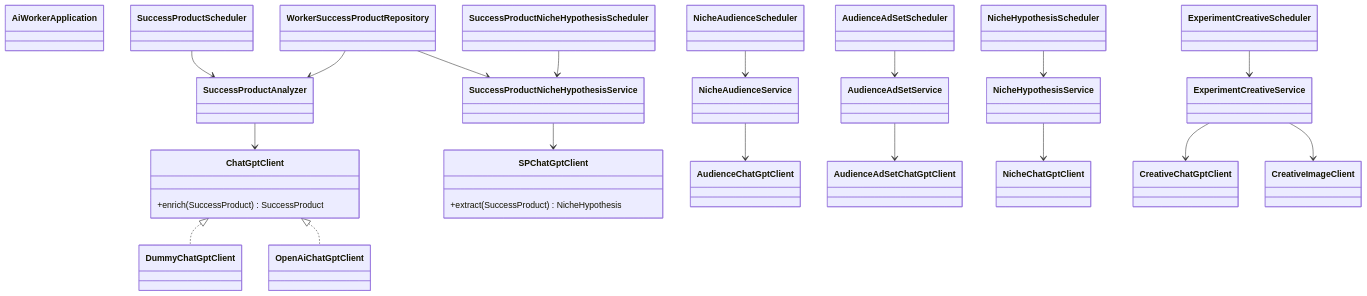
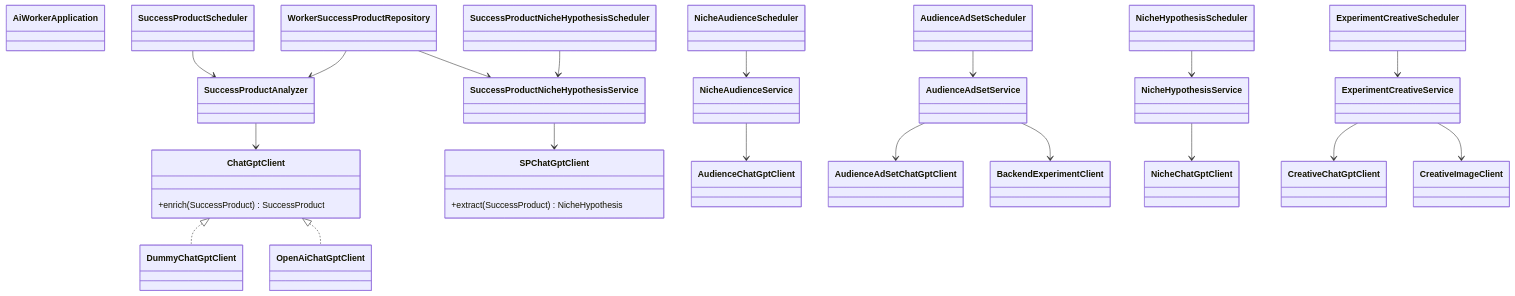
Before and after one commit to paulofor/marketing-hub: the diagram in docs/ai-worker/class-diagram.md, drawn with Mermaid. The commit also changed 13 other files, not shown here.

Commit message:
feat: proxy ad set generation through backend HTTP APIs

````diff
--- a/docs/ai-worker/class-diagram.md
+++ b/docs/ai-worker/class-diagram.md
@@ -3,44 +3,46 @@
 ```mermaid
 classDiagram
     class AiWorkerApplication
     class SuccessProductAnalyzer
     class SuccessProductScheduler
     class ChatGptClient {
         +enrich(SuccessProduct) SuccessProduct
     }
     ChatGptClient <|.. DummyChatGptClient
     ChatGptClient <|.. OpenAiChatGptClient
     SuccessProductAnalyzer --> ChatGptClient
     WorkerSuccessProductRepository --> SuccessProductAnalyzer
     SuccessProductScheduler --> SuccessProductAnalyzer
 
     class SuccessProductNicheHypothesisService
     class SuccessProductNicheHypothesisScheduler
     class SPChatGptClient {
         +extract(SuccessProduct) NicheHypothesis
     }
     SuccessProductNicheHypothesisService --> SPChatGptClient
     WorkerSuccessProductRepository --> SuccessProductNicheHypothesisService
     SuccessProductNicheHypothesisScheduler --> SuccessProductNicheHypothesisService
 
     class NicheHypothesisService
     class NicheHypothesisScheduler
     class ExperimentCreativeService
     class ExperimentCreativeScheduler
     class NicheAudienceService
     class NicheAudienceScheduler
     class AudienceChatGptClient
     class AudienceAdSetService
     class AudienceAdSetScheduler
     class AudienceAdSetChatGptClient
+    class BackendExperimentClient
 
     NicheHypothesisScheduler --> NicheHypothesisService
     ExperimentCreativeScheduler --> ExperimentCreativeService
     NicheHypothesisService --> NicheChatGptClient
     ExperimentCreativeService --> CreativeChatGptClient
     ExperimentCreativeService --> CreativeImageClient
     NicheAudienceScheduler --> NicheAudienceService
     NicheAudienceService --> AudienceChatGptClient
     AudienceAdSetScheduler --> AudienceAdSetService
     AudienceAdSetService --> AudienceAdSetChatGptClient
+    AudienceAdSetService --> BackendExperimentClient
 ```
````
